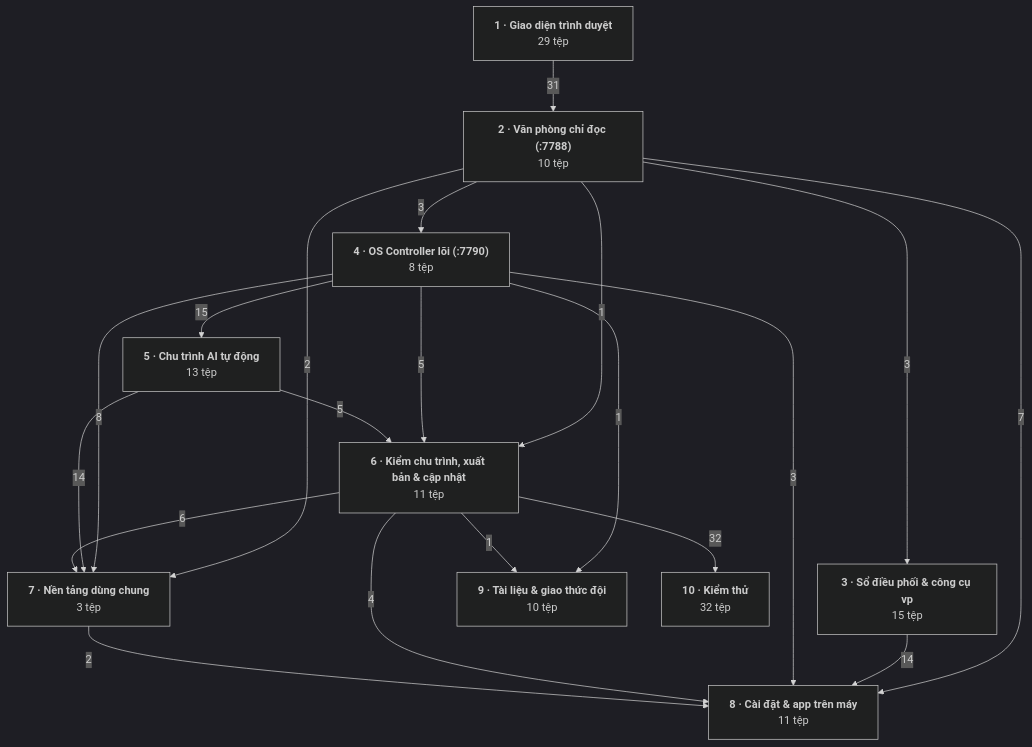
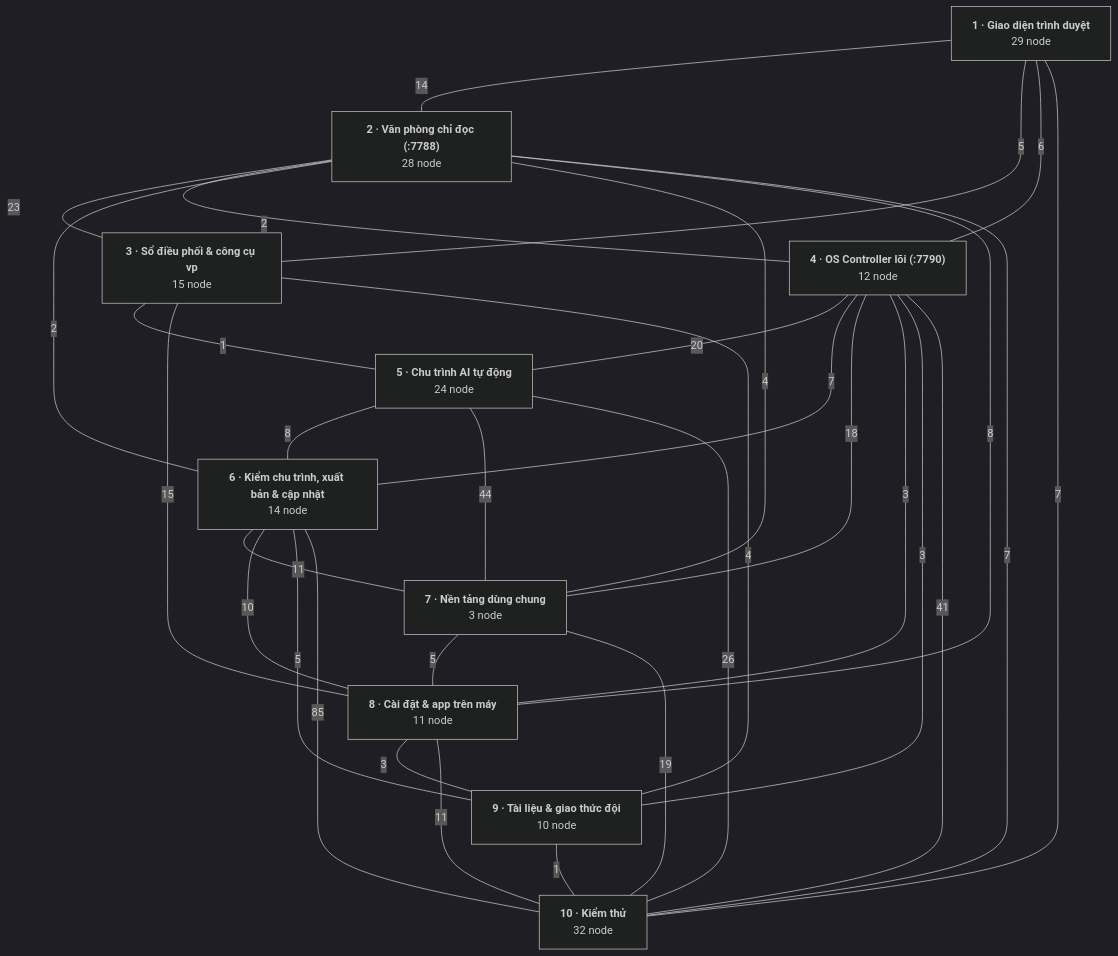
The tenth of 10 diagrams in docs/BAN-DO-HE-THONG.md (Thequancute215-sys/V-n-ph-ng-ch-nh-ph-), drawn with Mermaid (dark theme) before and after one commit. The commit also changed other lines of this file and 9 other files, not shown here.

````diff
--- a/docs/BAN-DO-HE-THONG.md
+++ b/docs/BAN-DO-HE-THONG.md
@@ -58,32 +1258,44 @@
 ```mermaid
 flowchart TD
-  L01_giao_dien["<b>1 · Giao diện trình duyệt</b><br/>29 tệp"]
-  L02_van_phong["<b>2 · Văn phòng chỉ đọc (:7788)</b><br/>10 tệp"]
-  L03_so_dieu_phoi["<b>3 · Sổ điều phối & công cụ vp</b><br/>15 tệp"]
-  L04_os_controller["<b>4 · OS Controller lõi (:7790)</b><br/>8 tệp"]
-  L05_chu_trinh_ai["<b>5 · Chu trình AI tự động</b><br/>13 tệp"]
-  L06_chat_luong_phat_hanh["<b>6 · Kiểm chu trình, xuất bản & cập nhật</b><br/>11 tệp"]
-  L07_nen_tang["<b>7 · Nền tảng dùng chung</b><br/>3 tệp"]
-  L08_cai_dat_app["<b>8 · Cài đặt & app trên máy</b><br/>11 tệp"]
-  L09_tai_lieu["<b>9 · Tài liệu & giao thức đội</b><br/>10 tệp"]
-  L10_kiem_thu["<b>10 · Kiểm thử</b><br/>32 tệp"]
-  L01_giao_dien -->|31| L02_van_phong
-  L02_van_phong -->|3| L03_so_dieu_phoi
-  L02_van_phong -->|3| L04_os_controller
-  L02_van_phong -->|1| L06_chat_luong_phat_hanh
-  L02_van_phong -->|2| L07_nen_tang
-  L02_van_phong -->|7| L08_cai_dat_app
-  L03_so_dieu_phoi -->|14| L08_cai_dat_app
-  L04_os_controller -->|15| L05_chu_trinh_ai
-  L04_os_controller -->|5| L06_chat_luong_phat_hanh
-  L04_os_controller -->|8| L07_nen_tang
-  L04_os_controller -->|3| L08_cai_dat_app
-  L04_os_controller -->|1| L09_tai_lieu
-  L05_chu_trinh_ai -->|5| L06_chat_luong_phat_hanh
-  L05_chu_trinh_ai -->|14| L07_nen_tang
-  L06_chat_luong_phat_hanh -->|6| L07_nen_tang
-  L06_chat_luong_phat_hanh -->|4| L08_cai_dat_app
-  L06_chat_luong_phat_hanh -->|1| L09_tai_lieu
-  L06_chat_luong_phat_hanh -->|32| L10_kiem_thu
-  L07_nen_tang -->|2| L08_cai_dat_app
+  layer_01_giao_dien["<b>1 · Giao diện trình duyệt</b><br/>29 node"]
+  layer_02_van_phong["<b>2 · Văn phòng chỉ đọc (:7788)</b><br/>28 node"]
+  layer_03_so_dieu_phoi["<b>3 · Sổ điều phối & công cụ vp</b><br/>15 node"]
+  layer_04_os_controller["<b>4 · OS Controller lõi (:7790)</b><br/>12 node"]
+  layer_05_chu_trinh_ai["<b>5 · Chu trình AI tự động</b><br/>24 node"]
+  layer_06_chat_luong_phat_hanh["<b>6 · Kiểm chu trình, xuất bản & cập nhật</b><br/>14 node"]
+  layer_07_nen_tang["<b>7 · Nền tảng dùng chung</b><br/>3 node"]
+  layer_08_cai_dat_app["<b>8 · Cài đặt & app trên máy</b><br/>11 node"]
+  layer_09_tai_lieu["<b>9 · Tài liệu & giao thức đội</b><br/>10 node"]
+  layer_10_kiem_thu["<b>10 · Kiểm thử</b><br/>32 node"]
+  layer_01_giao_dien ---|14| layer_02_van_phong
+  layer_01_giao_dien ---|5| layer_03_so_dieu_phoi
+  layer_01_giao_dien ---|6| layer_04_os_controller
+  layer_01_giao_dien ---|7| layer_10_kiem_thu
+  layer_02_van_phong ---|23| layer_03_so_dieu_phoi
+  layer_02_van_phong ---|2| layer_04_os_controller
+  layer_02_van_phong ---|2| layer_06_chat_luong_phat_hanh
+  layer_02_van_phong ---|4| layer_07_nen_tang
+  layer_02_van_phong ---|8| layer_08_cai_dat_app
+  layer_02_van_phong ---|7| layer_10_kiem_thu
+  layer_03_so_dieu_phoi ---|1| layer_05_chu_trinh_ai
+  layer_03_so_dieu_phoi ---|15| layer_08_cai_dat_app
+  layer_03_so_dieu_phoi ---|4| layer_09_tai_lieu
+  layer_04_os_controller ---|20| layer_05_chu_trinh_ai
+  layer_04_os_controller ---|7| layer_06_chat_luong_phat_hanh
+  layer_04_os_controller ---|18| layer_07_nen_tang
+  layer_04_os_controller ---|3| layer_08_cai_dat_app
+  layer_04_os_controller ---|3| layer_09_tai_lieu
+  layer_04_os_controller ---|41| layer_10_kiem_thu
+  layer_05_chu_trinh_ai ---|8| layer_06_chat_luong_phat_hanh
+  layer_05_chu_trinh_ai ---|44| layer_07_nen_tang
+  layer_05_chu_trinh_ai ---|26| layer_10_kiem_thu
+  layer_06_chat_luong_phat_hanh ---|11| layer_07_nen_tang
+  layer_06_chat_luong_phat_hanh ---|10| layer_08_cai_dat_app
+  layer_06_chat_luong_phat_hanh ---|5| layer_09_tai_lieu
+  layer_06_chat_luong_phat_hanh ---|85| layer_10_kiem_thu
+  layer_07_nen_tang ---|5| layer_08_cai_dat_app
+  layer_07_nen_tang ---|19| layer_10_kiem_thu
+  layer_08_cai_dat_app ---|3| layer_09_tai_lieu
+  layer_08_cai_dat_app ---|11| layer_10_kiem_thu
+  layer_09_tai_lieu ---|1| layer_10_kiem_thu
 ```
````
